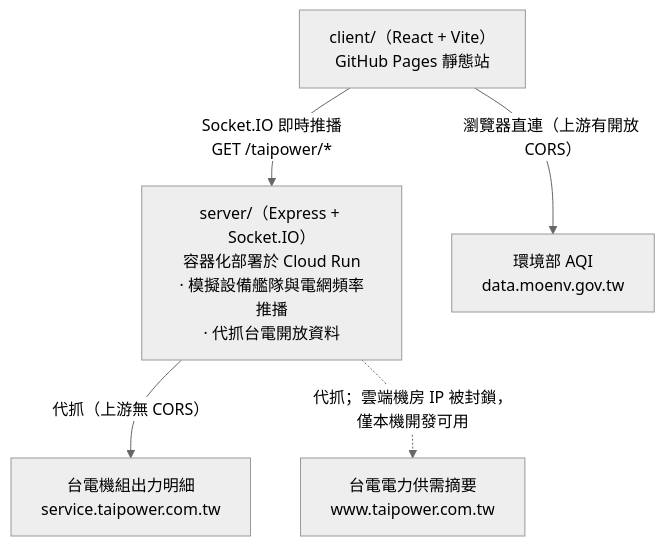
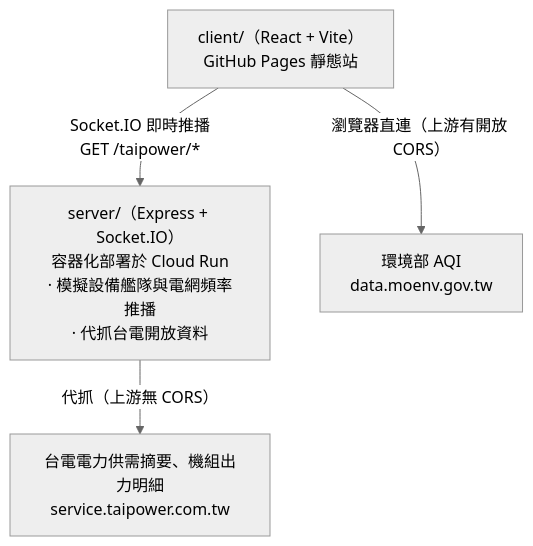
Before and after one commit to usyuan/eco-grid-ems: the first of 2 diagrams in README.md, drawn with Mermaid (neutral theme). The commit also changed other lines of this file and 9 other files, not shown here.

````diff
--- a/README.md
+++ b/README.md
@@ -20,13 +20,11 @@
 ```mermaid
 flowchart TB
     A["client/（React + Vite）<br/>GitHub Pages 靜態站"]
     A -->|"Socket.IO 即時推播<br/>GET /taipower/*"| B
     A -->|"瀏覽器直連（上游有開放 CORS）"| C
     B -->|"代抓（上游無 CORS）"| D
-    B -.->|"代抓；雲端機房 IP 被封鎖，僅本機開發可用"| E
 
     B["server/（Express + Socket.IO）<br/>容器化部署於 Cloud Run<br/>· 模擬設備艦隊與電網頻率推播<br/>· 代抓台電開放資料"]
     C["環境部 AQI<br/>data.moenv.gov.tw"]
-    D["台電機組出力明細<br/>service.taipower.com.tw"]
-    E["台電電力供需摘要<br/>www.taipower.com.tw"]
+    D["台電電力供需摘要、機組出力明細<br/>service.taipower.com.tw"]
 ```
````
